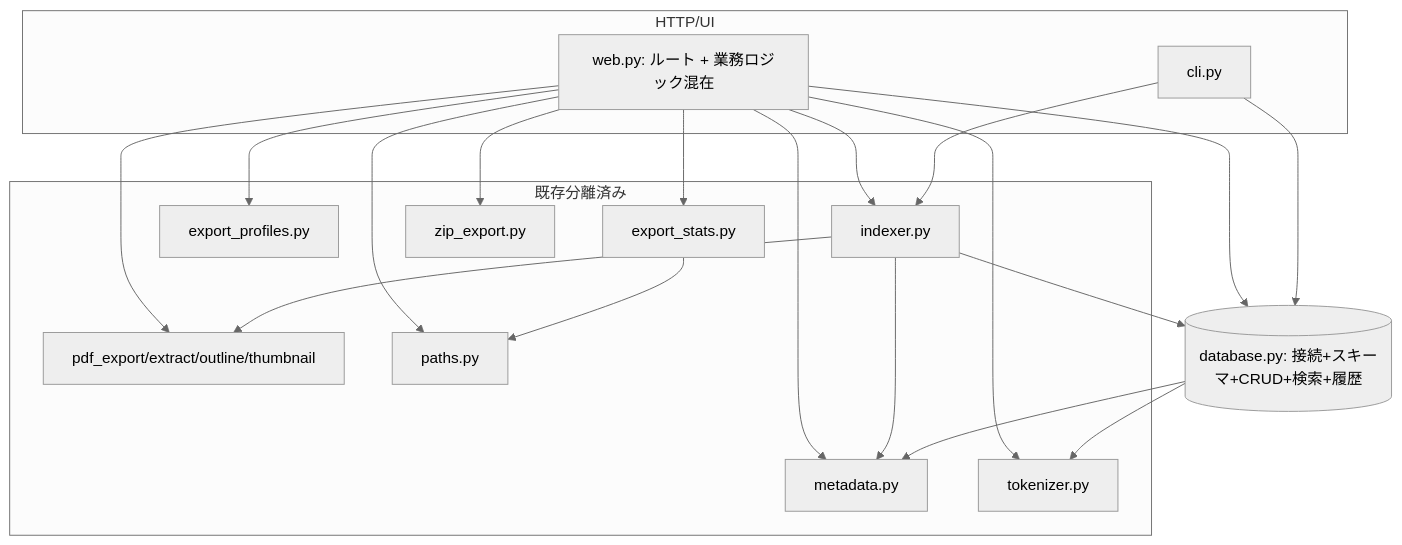
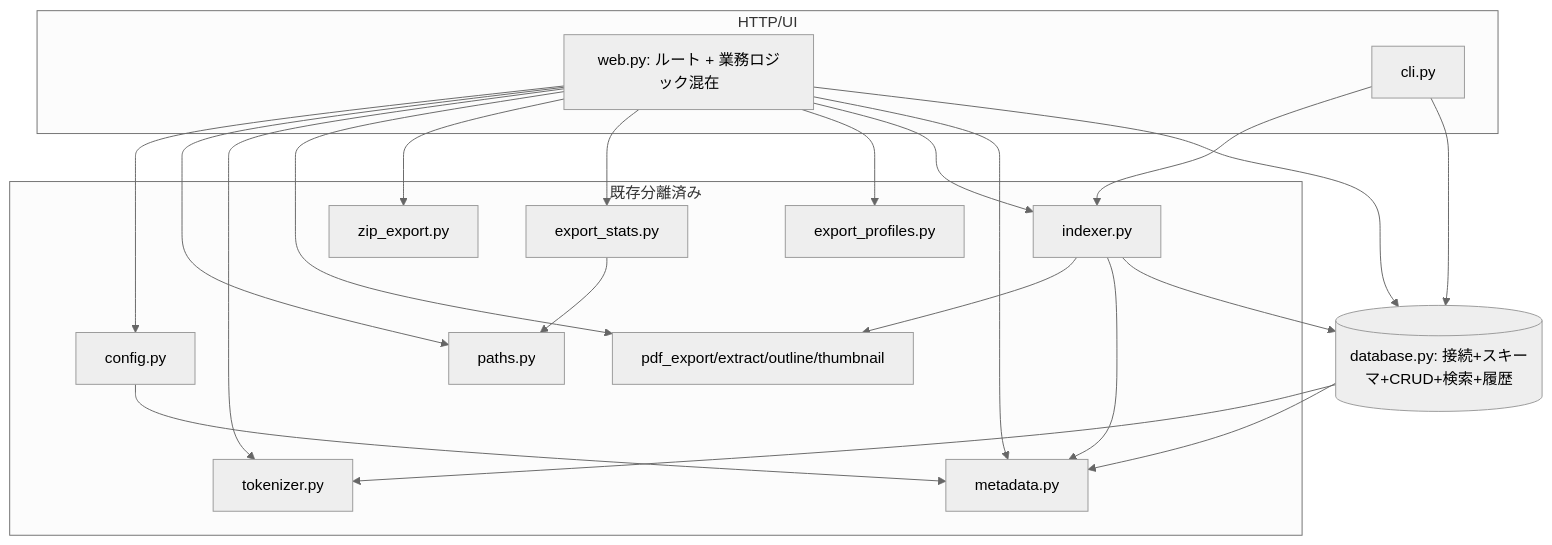
Before and after one commit to freedomcat/tsundokensaku: the first of 2 diagrams in docs/central-file-refactoring-inventory.md, drawn with Mermaid (neutral theme). The commit also changed other lines of this file, not shown here.

````diff
--- a/docs/central-file-refactoring-inventory.md
+++ b/docs/central-file-refactoring-inventory.md
@@ -179,36 +187,39 @@
 ```mermaid
 graph TD
     subgraph HTTP/UI
         web[web.py: ルート + 業務ロジック混在]
         cli[cli.py]
     end
     subgraph 既存分離済み
         idx[indexer.py]
         meta[metadata.py]
         tok[tokenizer.py]
         expp[export_profiles.py]
         exps[export_stats.py]
         zip[zip_export.py]
         pdfx[pdf_export/extract/outline/thumbnail]
         paths[paths.py]
+        conf[config.py]
     end
     db[(database.py: 接続+スキーマ+CRUD+検索+履歴)]
 
     web --> db
     web --> meta
     web --> idx
     web --> expp
     web --> exps
     web --> zip
     web --> pdfx
     web --> tok
     web --> paths
+    web --> conf
     exps --> paths
+    conf --> meta
     cli --> db
     cli --> idx
     idx --> db
     idx --> meta
     idx --> pdfx
     db --> meta
     db --> tok
 ```
````
